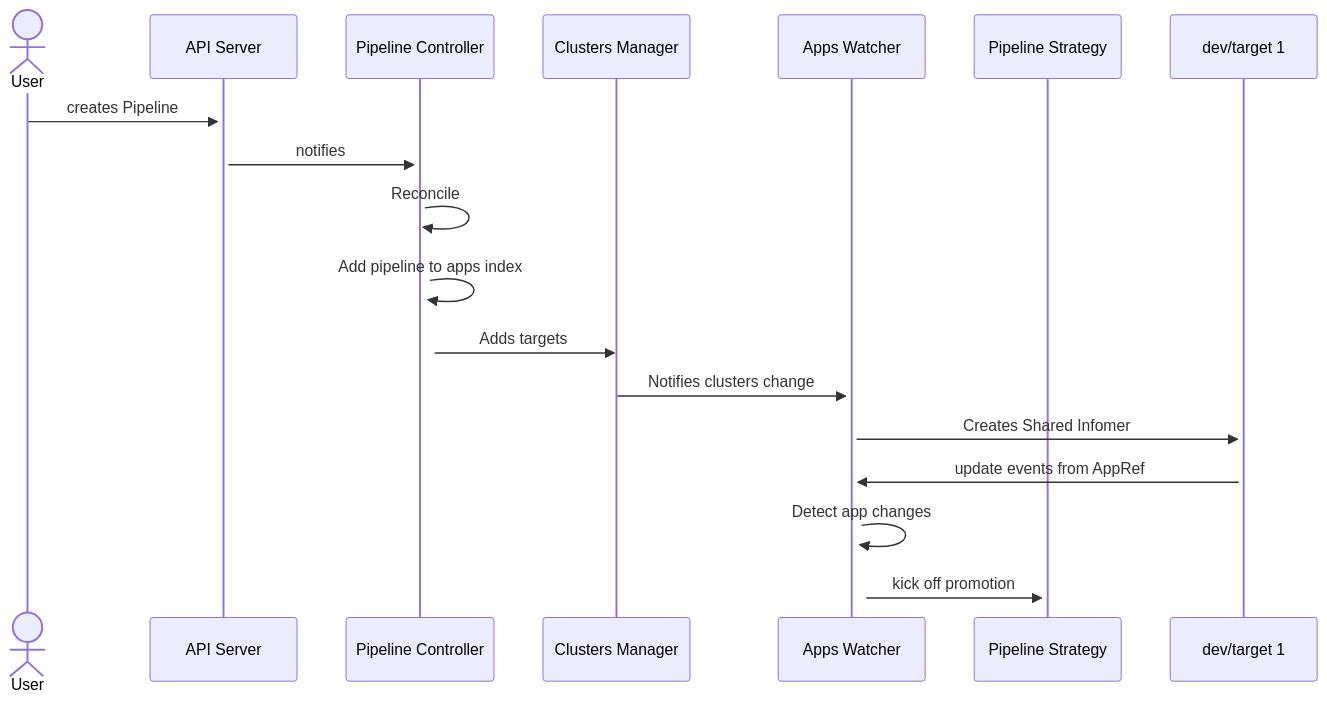
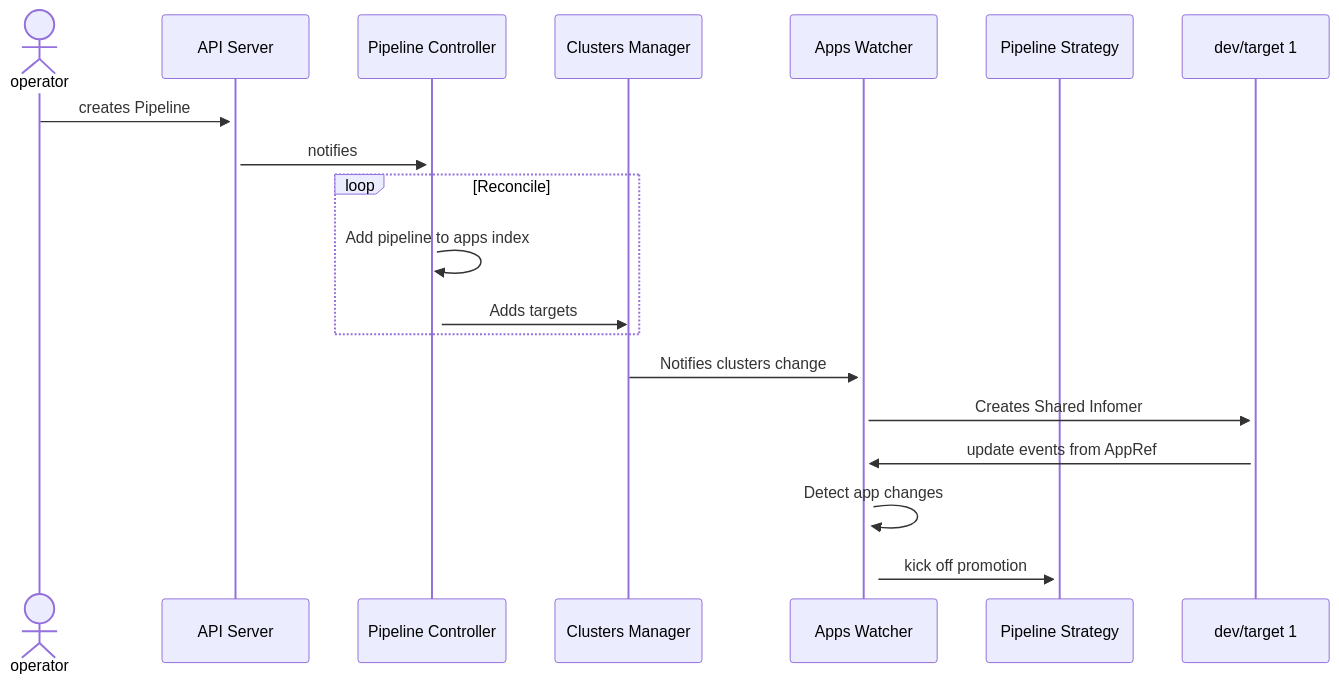
One commit to weaveworks/weave-gitops-private changed the diagram in docs/rfcs/0006-pipelies-polling/README.md. Above: the diagram before and after it, drawn with Mermaid.

Commit message:
Updating sequence diagram

````diff
--- a/docs/rfcs/0006-pipelies-polling/README.md
+++ b/docs/rfcs/0006-pipelies-polling/README.md
@@ -54,23 +54,24 @@
 ```mermaid
 sequenceDiagram
-    actor U as User
+    actor U as operator
     U->>+API Server: creates Pipeline
     participant PC as Pipeline Controller
     participant CM as Clusters Manager
     participant AW as Apps Watcher
     participant PS as Pipeline Strategy
 
     API Server->>+PC: notifies
 
-    PC->>+PC: Reconcile
-    PC->>+PC: Add pipeline to apps index
+	loop Reconcile
+	    PC->>+PC: Add pipeline to apps index
+	    PC ->>CM: Adds targets
+    end
+
+    CM->>+AW: Notifies clusters change
     participant dt1 as dev/target 1
-
-    PC ->>CM: Adds targets
-    CM->>+AW: Notifies clusters change
     AW->>+dt1: Creates Shared Infomer
     dt1->>+AW: update events from AppRef
     AW->>+AW: Detect app changes
     AW->>+PS: kick off promotion
 
 ```
````
